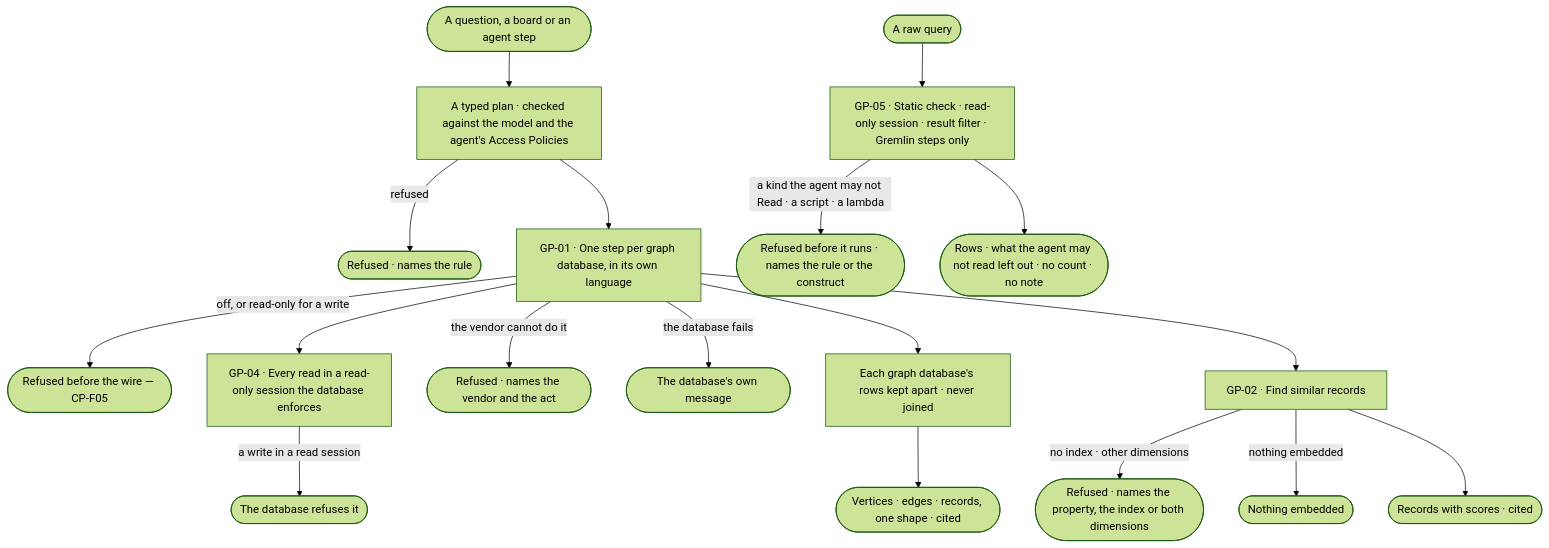
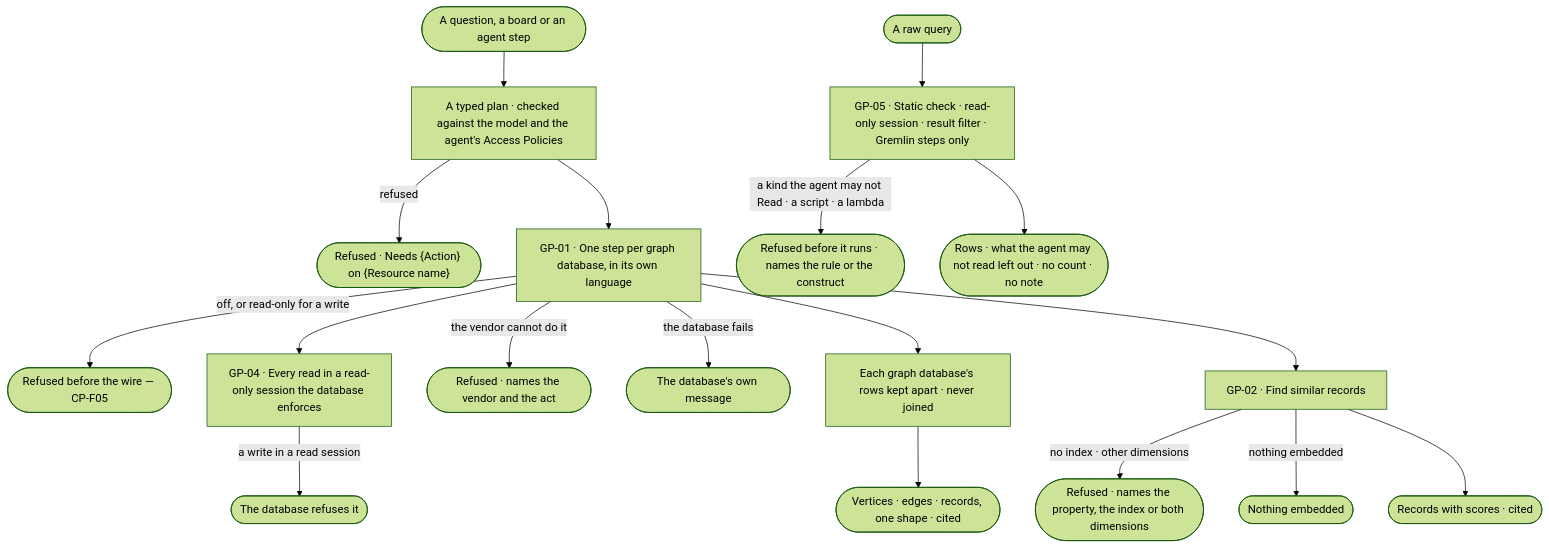
One commit to invana/invana changed the first of 2 diagrams in specs/os/graph/features/GP-F01-data/feature.md. Above: the diagram before and after it, drawn with Mermaid (forest theme). The commit also changed 13 other files, not shown here.

Commit message:
docs(specs): refusals and grants never name a rule without Read on Access Policies

````diff
--- a/specs/os/graph/features/GP-F01-data/feature.md
+++ b/specs/os/graph/features/GP-F01-data/feature.md
@@ -26,20 +26,20 @@
 ```mermaid
 flowchart TD
   q([A question, a board or an agent step]) --> p["A typed plan · checked against the model and the agent's Access Policies"]
-  p -->|refused| r0(["Refused · names the rule"])
+  p -->|refused| r0(["Refused · Needs {Action} on {Resource name}"])
   p --> rw["GP-01 · One step per graph database, in its own language"]
   rw -->|off, or read-only for a write| cf(["Refused before the wire — CP-F05"])
   rw --> ro["GP-04 · Every read in a read-only session the database enforces"]
   ro -->|a write in a read session| rf(["The database refuses it"])
   rw -->|the vendor cannot do it| r2(["Refused · names the vendor and the act"])
   rw -->|the database fails| r3(["The database's own message"])
   rw --> j["Each graph database's rows kept apart · never joined"]
   j --> o(["Vertices · edges · records, one shape · cited"])
   rq([A raw query]) --> l["GP-05 · Static check · read-only session · result filter · Gremlin steps only"]
   l -->|a kind the agent may not Read · a script · a lambda| lr(["Refused before it runs · names the rule or the construct"])
   l --> lo(["Rows · what the agent may not read left out · no count · no note"])
   rw --> vs["GP-02 · Find similar records"]
   vs -->|no index · other dimensions| vr(["Refused · names the property, the index or both dimensions"])
   vs -->|nothing embedded| ne(["Nothing embedded"])
   vs --> vo(["Records with scores · cited"])
 ```
````
